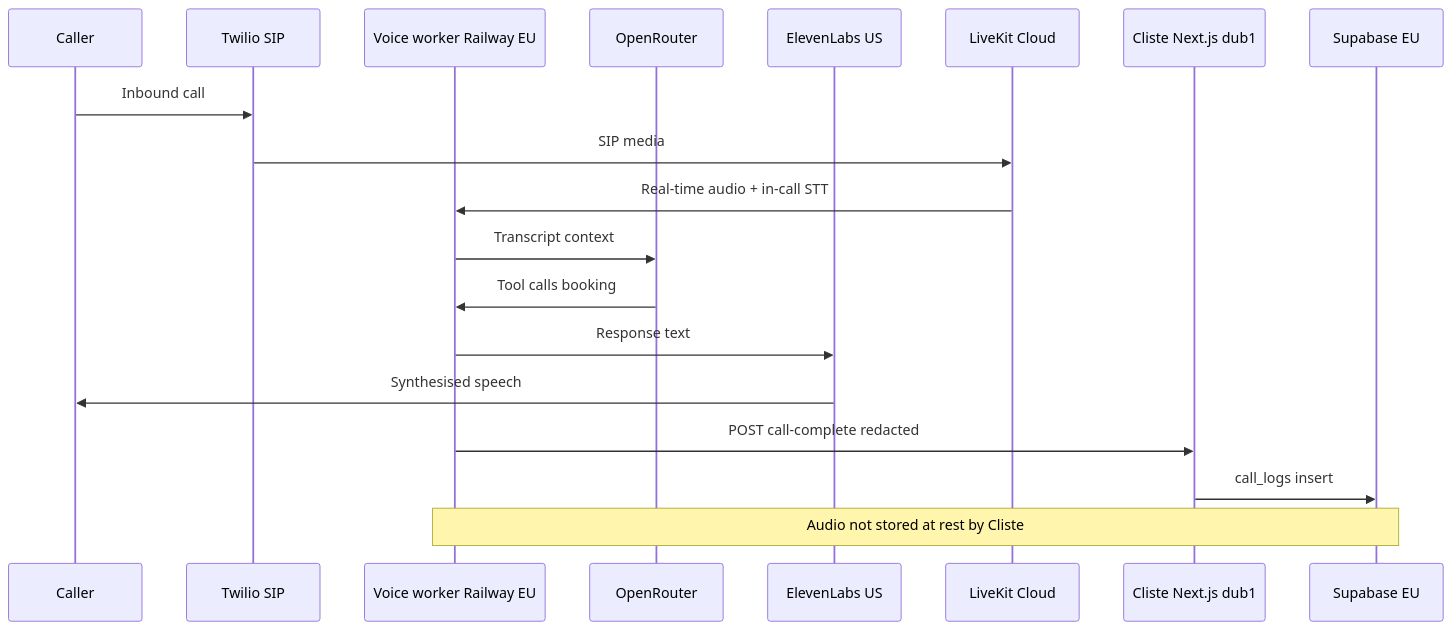
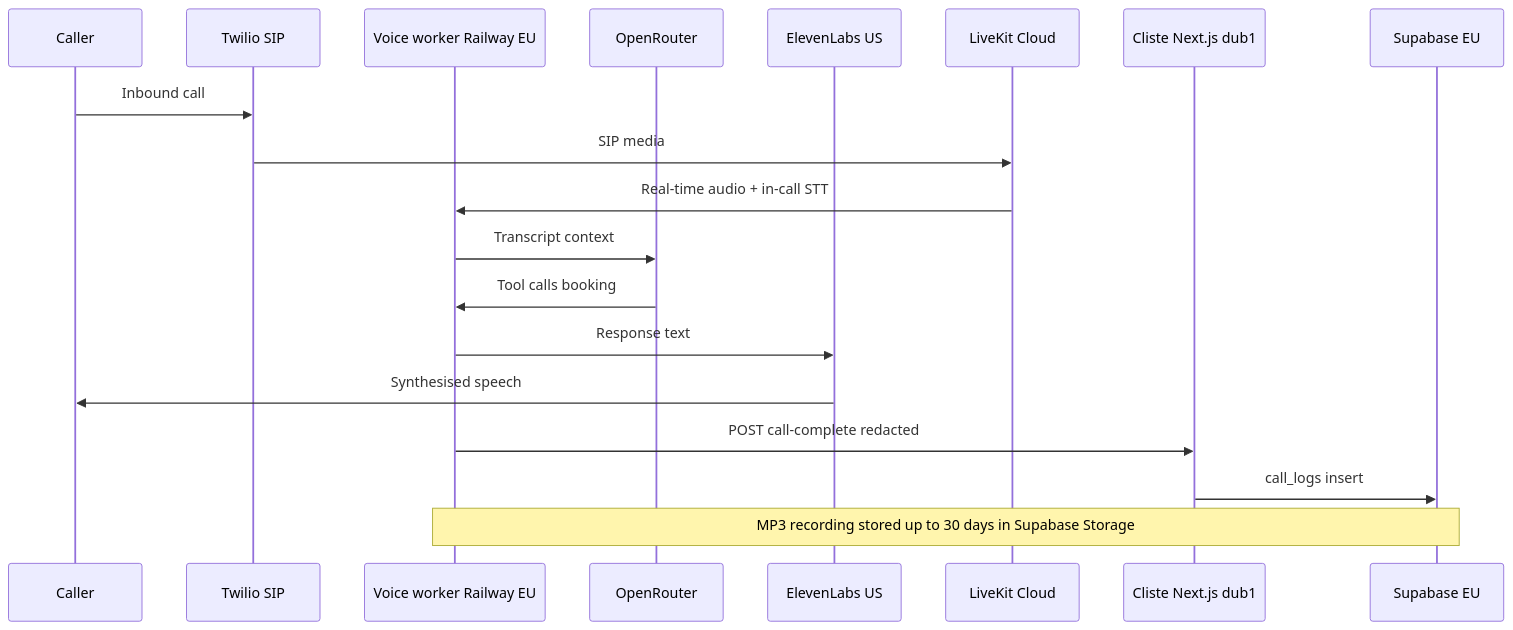
One commit to cliste-systems/cliste-code-base-1 changed the diagram in docs/legal/GDPR-VOICE-AGENTS-IRELAND.md. Above: the diagram before and after it, drawn with Mermaid. The commit also changed other lines of this file and 29 other files, not shown here.

````diff
--- a/docs/legal/GDPR-VOICE-AGENTS-IRELAND.md
+++ b/docs/legal/GDPR-VOICE-AGENTS-IRELAND.md
@@ -235,22 +235,22 @@
 ```mermaid
 sequenceDiagram
   participant Caller
   participant Twilio as Twilio SIP
   participant Worker as Voice worker Railway EU
   participant LLM as OpenRouter
   participant TTS as ElevenLabs US
   participant LK as LiveKit Cloud
   participant App as Cliste Next.js dub1
   participant DB as Supabase EU
 
   Caller->>Twilio: Inbound call
   Twilio->>LK: SIP media
   LK->>Worker: Real-time audio + in-call STT
   Worker->>LLM: Transcript context
   LLM->>Worker: Tool calls booking
   Worker->>TTS: Response text
   TTS->>Caller: Synthesised speech
   Worker->>App: POST call-complete redacted
   App->>DB: call_logs insert
-  Note over Worker,DB: Audio not stored at rest by Cliste
+  Note over Worker,DB: MP3 recording stored up to 30 days in Supabase Storage
 ```
````
